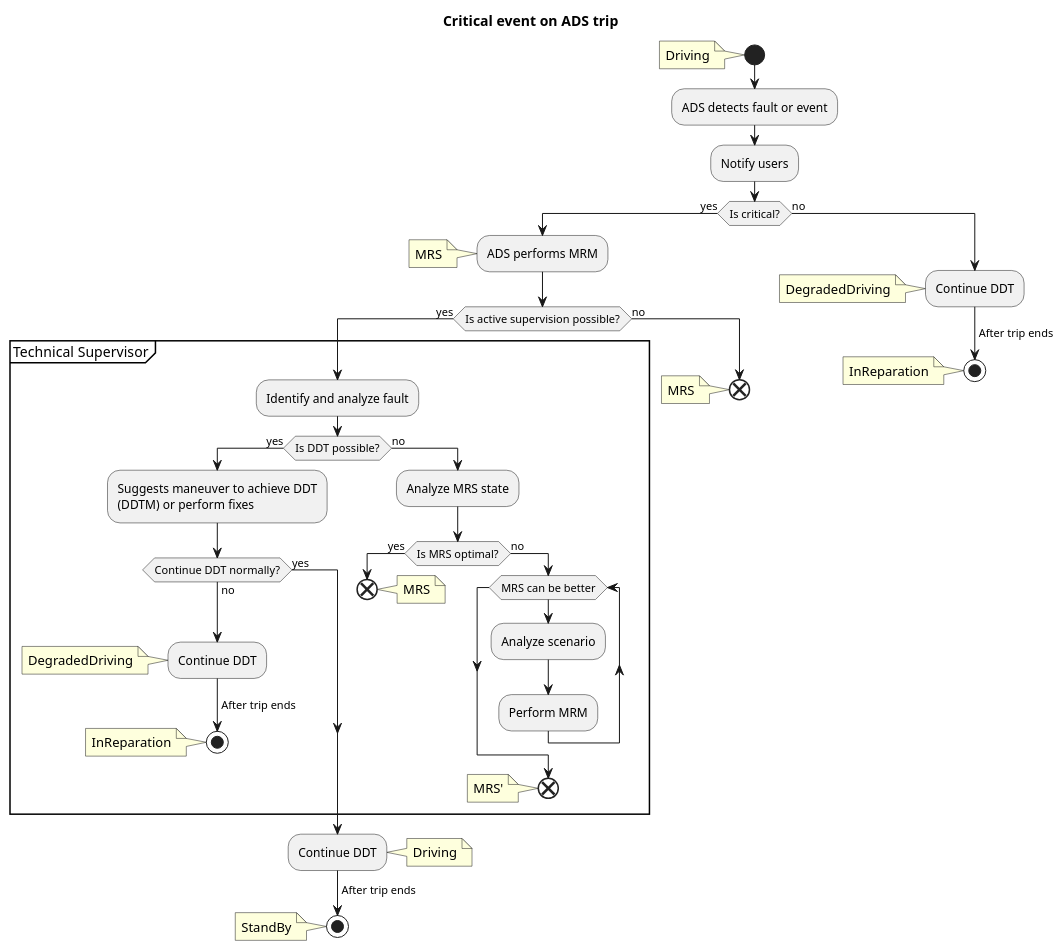
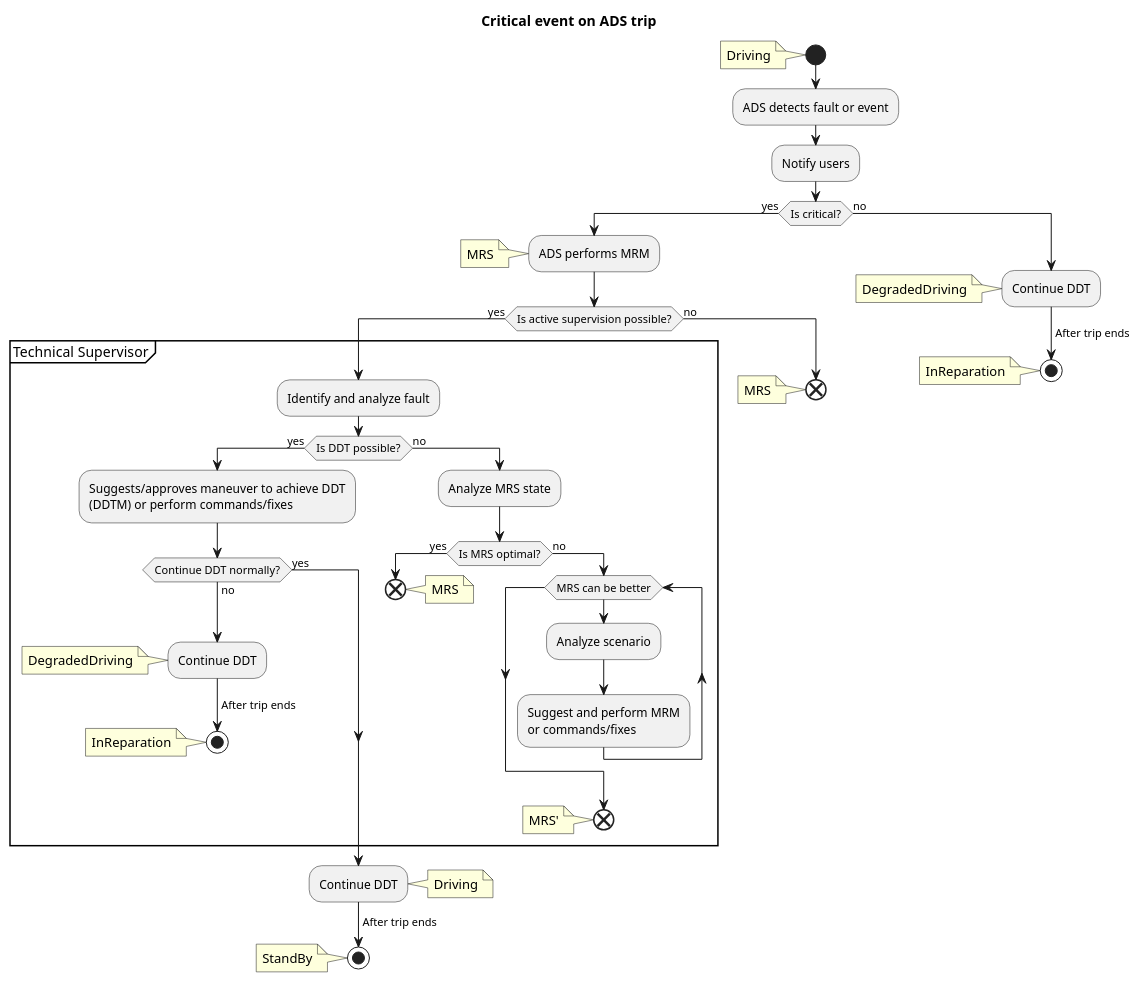
Before and after one commit to bruno-motorai/uml: the diagram in vehicles/elevated_risk_situation_v2.pu, drawn with PlantUML. The commit also changed 1 other file, not shown here.

```diff
--- a/vehicles/elevated_risk_situation_v2.pu
+++ b/vehicles/elevated_risk_situation_v2.pu
@@ -1,78 +1,79 @@
 @startuml "ADS fault"
 <style>
 note {
   .red {
         BackgroundColor red
    }
 }
 </style>
 
 skinparam ConditionEndStyle hline
 title Critical event on ADS trip
 
 start
 note left: Driving
 
 :ADS detects fault or event;
 :Notify users;
 
 if (Is critical?) equals(yes) then
     :ADS performs MRM;
     note left: MRS
 
     if(Is active supervision possible?) equals (yes) then
 
         group Technical Supervisor
             :Identify and analyze fault;
 
             if(Is DDT possible?) equals (yes) then
-                :Suggests maneuver to achieve DDT
-                (DDTM) or perform fixes;
+                :Suggests/approves maneuver to achieve DDT
+                (DDTM) or perform commands/fixes;
 
                 if (Continue DDT normally?) equals (yes) then
                 else (no)
                     label aux_label
                     :Continue DDT;
                     note left: DegradedDriving
                     -> After trip ends;
                     stop
                     note left: InReparation
                 endif
                 
             else (no)
                 :Analyze MRS state;
                 if (Is MRS optimal?) equals (yes) then
                     end
                     note right: MRS
                 else (no)
                     while (MRS can be better)
                         :Analyze scenario;
-                        :Perform MRM;
+                        :Suggest and perform MRM 
+                        or commands/fixes;
                     endwhile
                     end
                     note left: MRS'
                 endif
             endif
 
             
         end group                
         
         :Continue DDT;
         note right: Driving
         -> After trip ends;
         stop
         note left: StandBy
     else (no)
         label space_label
         end
         note left: MRS
     endif
 else (no)
     label degraded_ddt
     :Continue DDT;
     note left: DegradedDriving
     -> After trip ends;
     stop
     note left: InReparation
 endif
 @enduml
```
